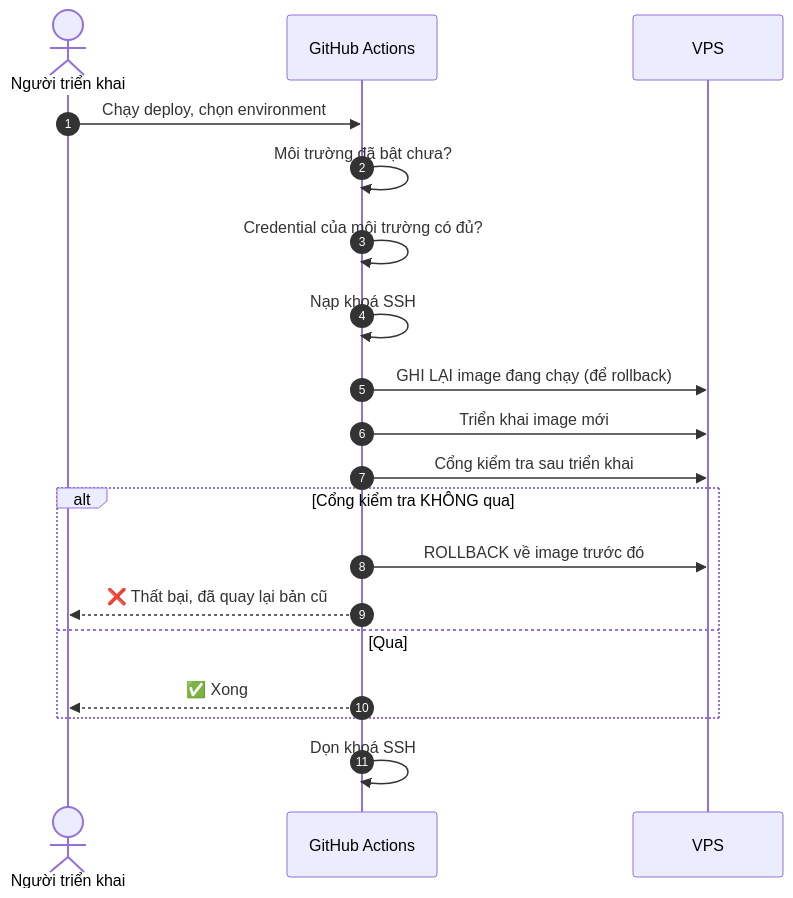
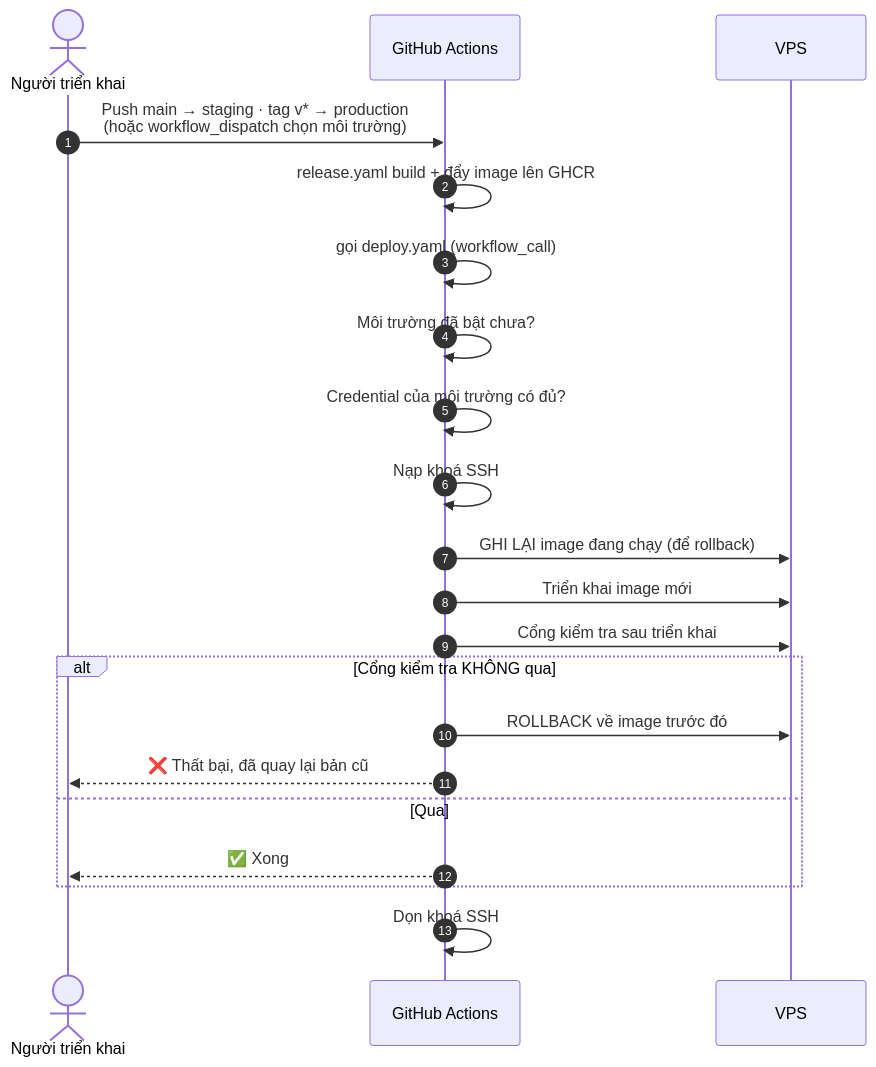
The second of 4 diagrams in docs/diagram/29-cicd.md (fdshn/trueheart), drawn with Mermaid before and after one commit. The commit also changed other lines of this file and 49 other files, not shown here.

````diff
--- a/docs/diagram/29-cicd.md
+++ b/docs/diagram/29-cicd.md
@@ -33,22 +53,24 @@
 ```mermaid
 sequenceDiagram
     autonumber
     actor D as Người triển khai
     participant GH as GitHub Actions
     participant V as VPS
 
-    D->>GH: Chạy deploy, chọn environment
+    D->>GH: Push main → staging · tag v* → production<br/>(hoặc workflow_dispatch chọn môi trường)
+    GH->>GH: release.yaml build + đẩy image lên GHCR
+    GH->>GH: gọi deploy.yaml (workflow_call)
     GH->>GH: Môi trường đã bật chưa?
     GH->>GH: Credential của môi trường có đủ?
     GH->>GH: Nạp khoá SSH
     GH->>V: GHI LẠI image đang chạy (để rollback)
     GH->>V: Triển khai image mới
     GH->>V: Cổng kiểm tra sau triển khai
     alt Cổng kiểm tra KHÔNG qua
         GH->>V: ROLLBACK về image trước đó
         GH-->>D: ❌ Thất bại, đã quay lại bản cũ
     else Qua
         GH-->>D: ✅ Xong
     end
     GH->>GH: Dọn khoá SSH
 ```
````
